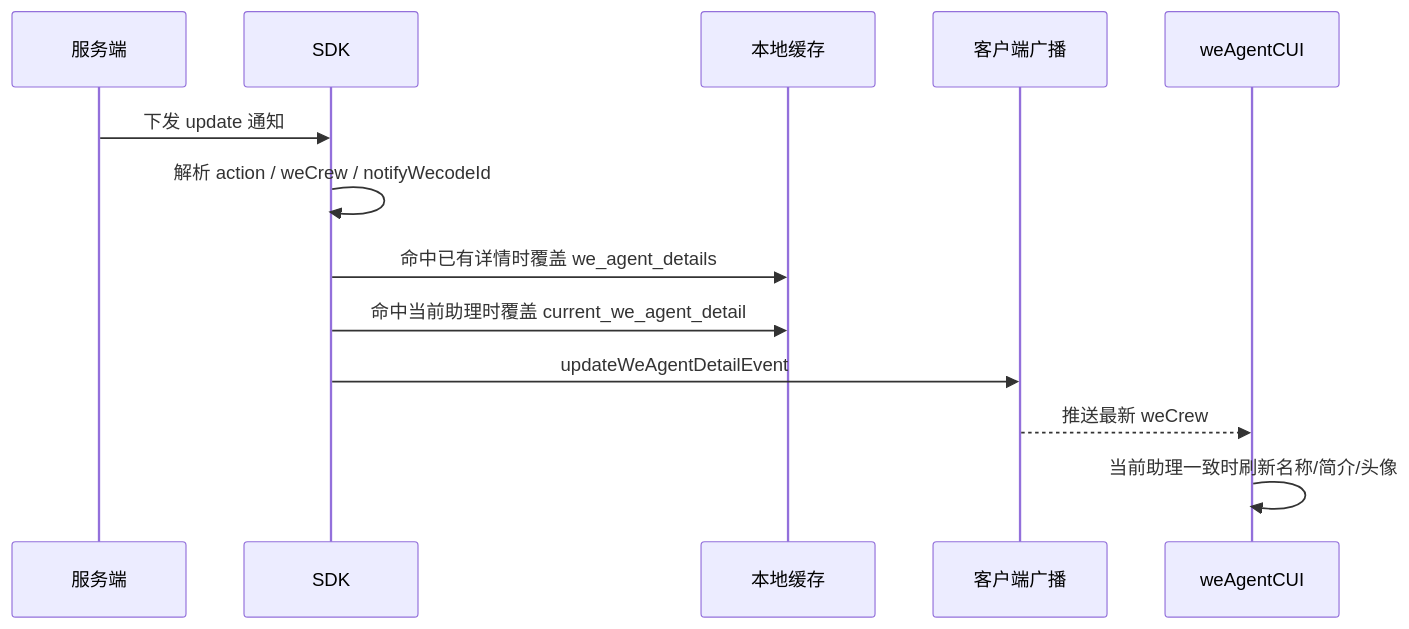
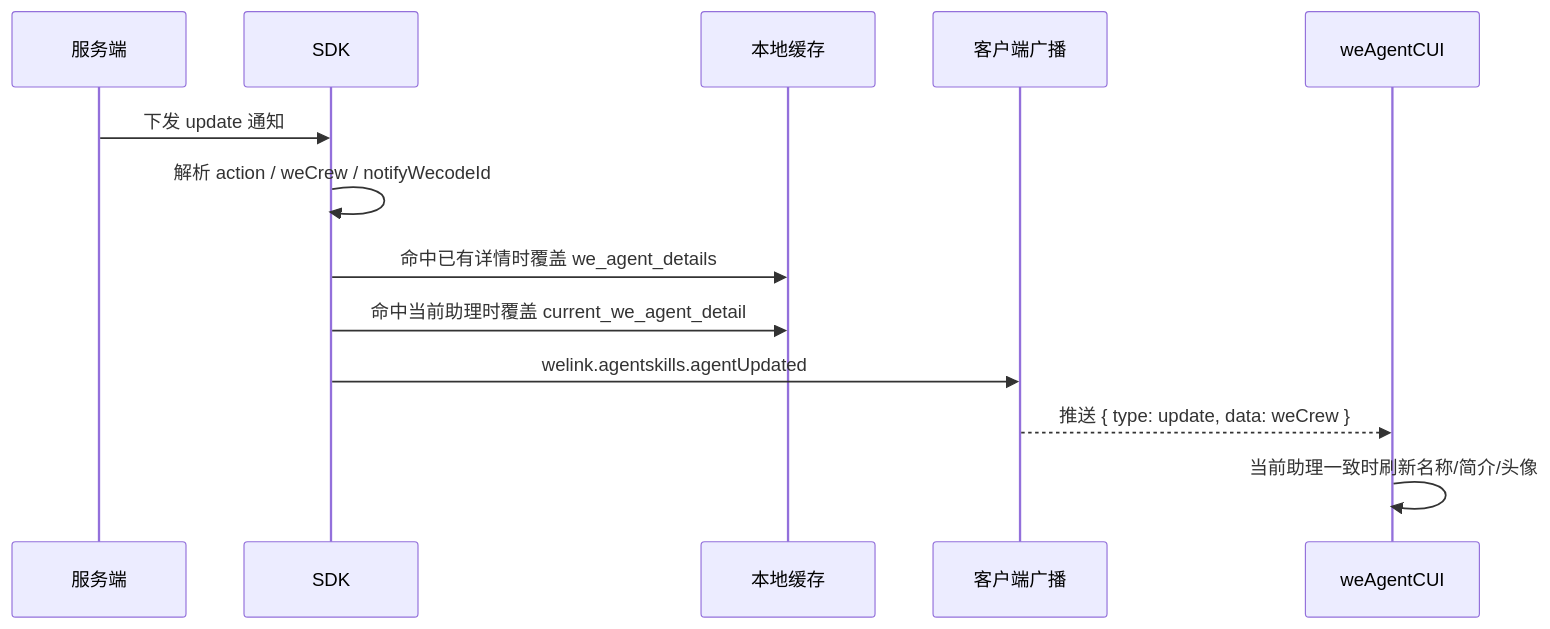
One commit to Abelsjcheng/skillSDK changed the third of 9 diagrams in 2026-05-08-we-agent-detail-sync-plan.md. Above: the diagram before and after it, drawn with Mermaid. The commit also changed other lines of this file, not shown here.

````diff
--- a/2026-05-08-we-agent-detail-sync-plan.md
+++ b/2026-05-08-we-agent-detail-sync-plan.md
@@ -81,16 +81,16 @@
 ```mermaid
 sequenceDiagram
     participant Server as 服务端
     participant SDK as SDK
     participant Cache as 本地缓存
     participant Broadcast as 客户端广播
     participant Page as weAgentCUI
 
     Server->>SDK: 下发 update 通知
     SDK->>SDK: 解析 action / weCrew / notifyWecodeId
     SDK->>Cache: 命中已有详情时覆盖 we_agent_details
     SDK->>Cache: 命中当前助理时覆盖 current_we_agent_detail
-    SDK->>Broadcast: updateWeAgentDetailEvent
-    Broadcast-->>Page: 推送最新 weCrew
+    SDK->>Broadcast: welink.agentskills.agentUpdated
+    Broadcast-->>Page: 推送 { type: update, data: weCrew }
     Page->>Page: 当前助理一致时刷新名称/简介/头像
 ```
````
